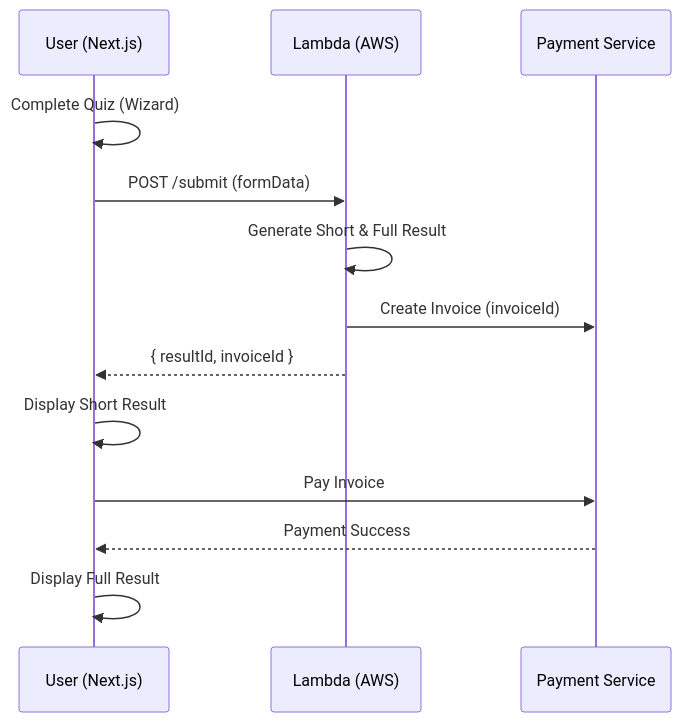
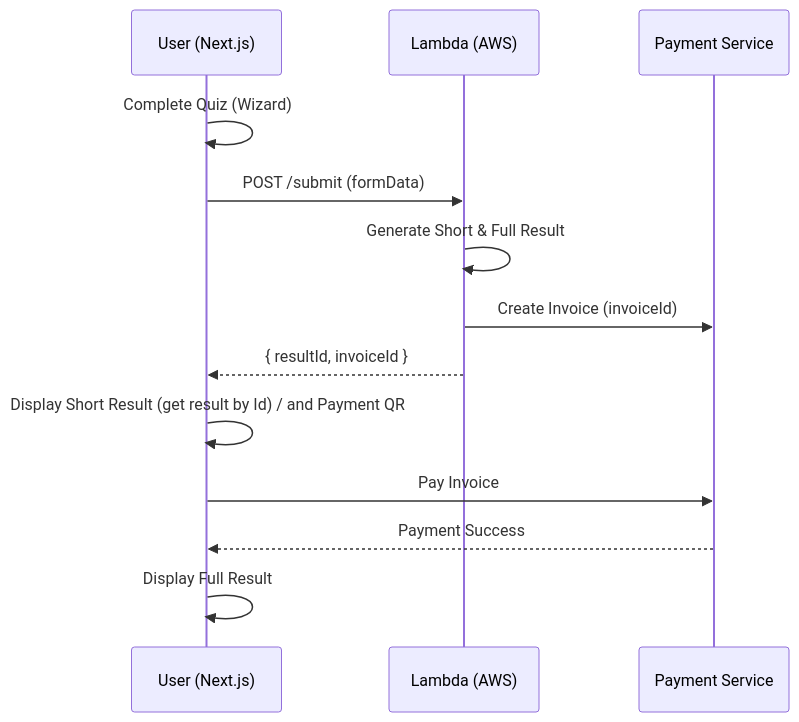
Before and after one commit to bayaroch/quizz-be: the diagram in flow.mermaid, drawn with Mermaid.

```diff
--- a/flow.mermaid
+++ b/flow.mermaid
@@ -1,14 +1,14 @@
 sequenceDiagram
   participant U as User (Next.js)
   participant L as Lambda (AWS)
   participant P as Payment Service
 
   U->>U: Complete Quiz (Wizard)
   U->>L: POST /submit (formData)
   L->>L: Generate Short & Full Result
   L->>P: Create Invoice (invoiceId)
   L-->>U: { resultId, invoiceId }
-  U->>U: Display Short Result
+  U->>U: Display Short Result (get result by Id) / and Payment QR
   U->>P: Pay Invoice
   P-->>U: Payment Success
   U->>U: Display Full Result
```
